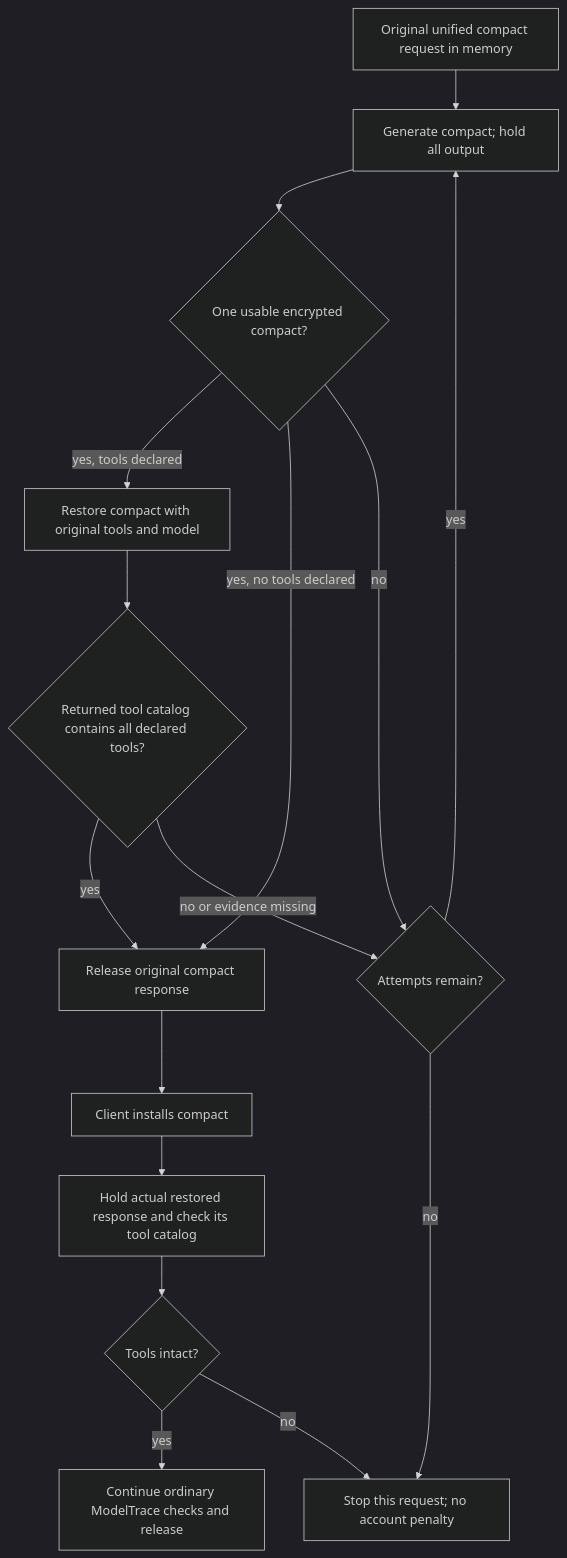
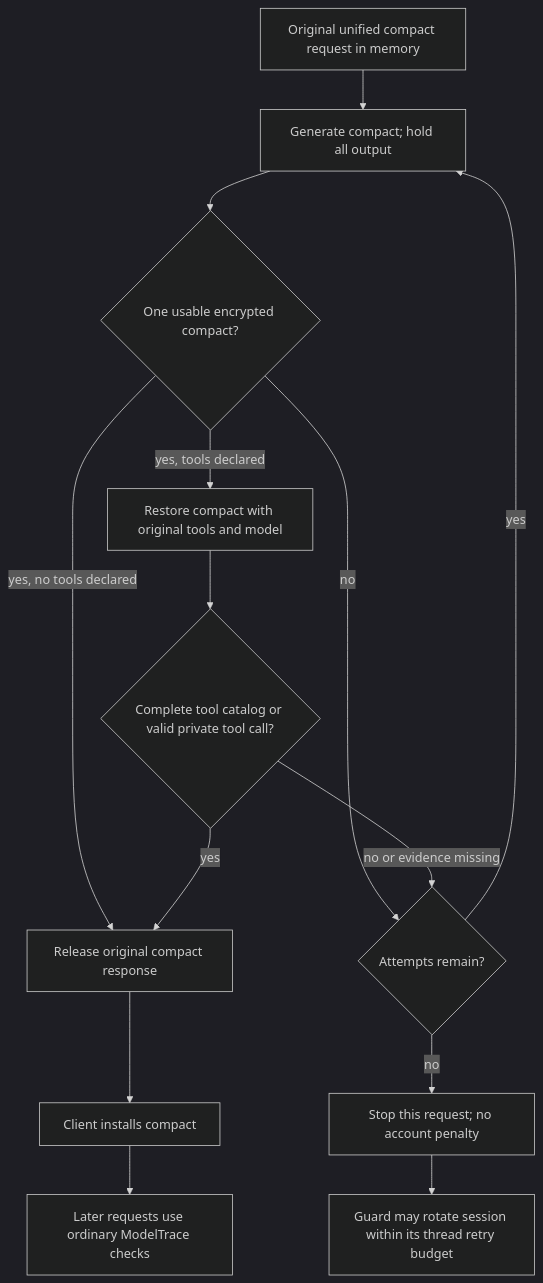
The diagram in docs/codex-compact-tool-check.md (wignerStan/cpa-plugin-key-policy), drawn with Mermaid (dark theme) before and after one commit. The commit also changed other lines of this file, not shown here.

Commit message:
docs(codex): clarify compact capability checks and historical input

````diff
--- a/docs/codex-compact-tool-check.md
+++ b/docs/codex-compact-tool-check.md
@@ -9,18 +9,16 @@
 ```mermaid
 flowchart TD
     A[Original unified compact request in memory] --> B[Generate compact; hold all output]
     B --> C{One usable encrypted compact?}
     C -->|yes, tools declared| D[Restore compact with original tools and model]
     C -->|yes, no tools declared| G[Release original compact response]
     C -->|no| F{Attempts remain?}
-    D --> E{Returned tool catalog contains all declared tools?}
+    D --> E{Complete tool catalog or valid private tool call?}
     E -->|yes| G
     E -->|no or evidence missing| F
     F -->|yes| B
     F -->|no| H[Stop this request; no account penalty]
     G --> I[Client installs compact]
-    I --> J[Hold actual restored response and check its tool catalog]
-    J --> K{Tools intact?}
-    K -->|yes| L[Continue ordinary ModelTrace checks and release]
-    K -->|no| H
+    I --> L[Later requests use ordinary ModelTrace checks]
+    H --> M[Guard may rotate session within its thread retry budget]
 ```
````
